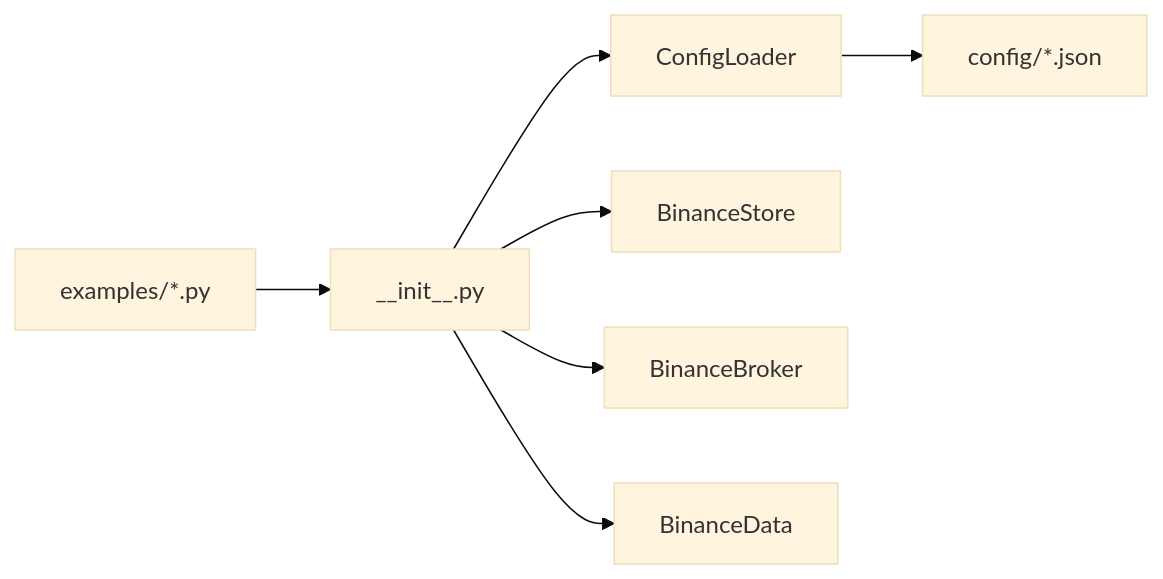
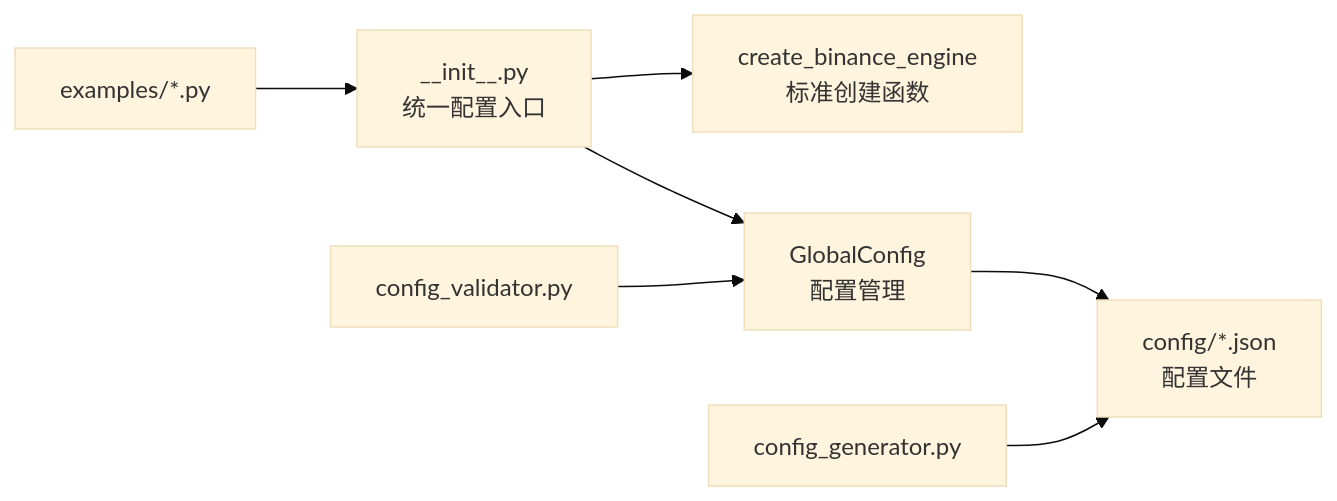
One commit to bench-prog/backtrader changed the fifth of 5 diagrams in .qoder/repowiki/zh/content/实盘交易模块/Binance交易所集成/配置管理系统.md. Above: the diagram before and after it, drawn with Mermaid (base theme). The commit also changed other lines of this file and 4 other files, not shown here.

````diff
--- a/.qoder/repowiki/zh/content/实盘交易模块/Binance交易所集成/配置管理系统.md
+++ b/.qoder/repowiki/zh/content/实盘交易模块/Binance交易所集成/配置管理系统.md
@@ -241,9 +293,9 @@
 ```mermaid
 graph LR
-Init["__init__.py"] --> CL["ConfigLoader"]
-Init --> Store["BinanceStore"]
-Init --> Broker["BinanceBroker"]
-Init --> Data["BinanceData"]
-CL --> CFG["config/*.json"]
+Init["__init__.py<br/>统一配置入口"] --> GC["GlobalConfig<br/>配置管理"]
+Init --> Engine["create_binance_engine<br/>标准创建函数"]
+GC --> CFG["config/*.json<br/>配置文件"]
+Gen["config_generator.py"] --> CFG
+Val["config_validator.py"] --> GC
 EX["examples/*.py"] --> Init
 ```
````
